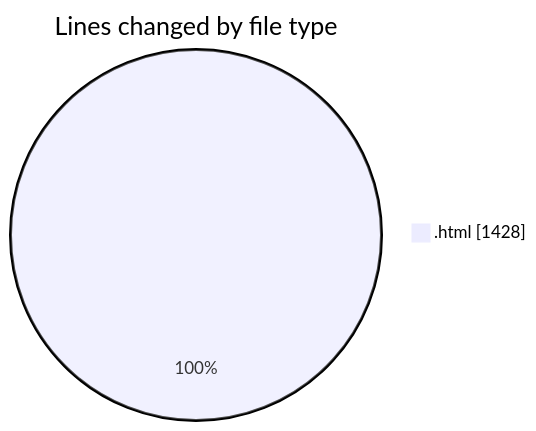
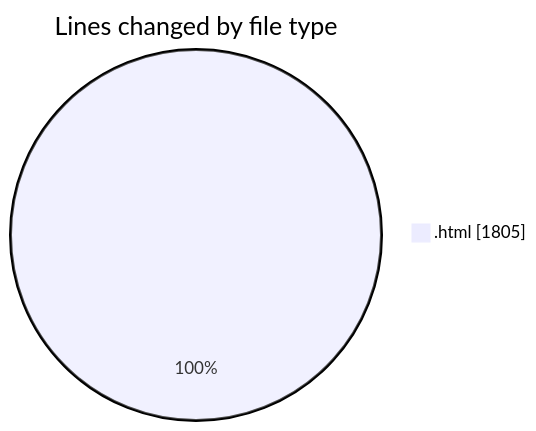
Before and after one commit to Ritupan-Deka/code-tracking: the first of 2 diagrams in 2025-01-28/0starter_files/README.md, drawn with Mermaid. The commit also changed other lines of this file and 1 other file, not shown here.

````diff
--- a/2025-01-28/0starter_files/README.md
+++ b/2025-01-28/0starter_files/README.md
@@ -20,5 +20,5 @@
 ```mermaid
 pie showData
 title Lines changed by file type
-".html" : 1428
+".html" : 1805
 ```
````
